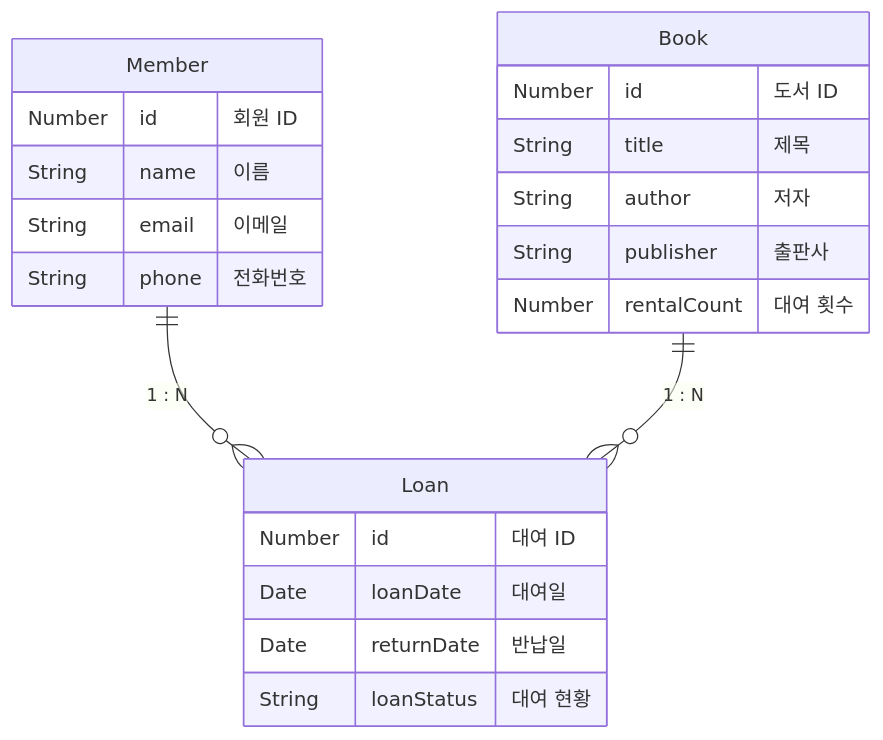
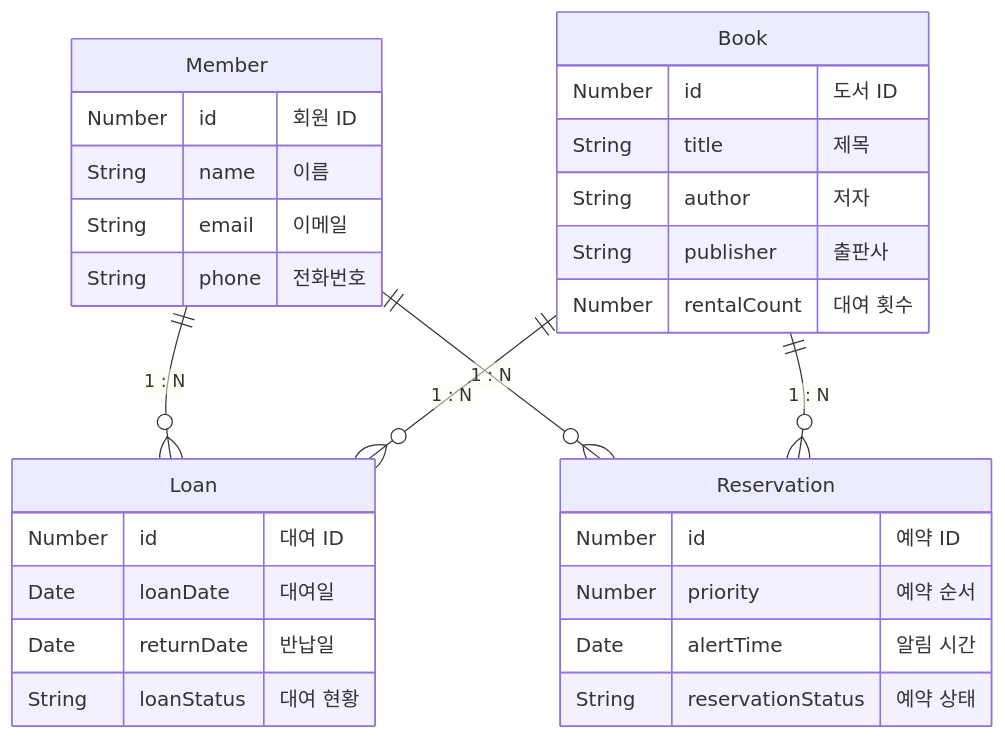
Before and after one commit to dukbong/-Book-Rental-Management-System: the diagram in README.md, drawn with Mermaid.

````diff
--- a/README.md
+++ b/README.md
@@ -19,24 +19,32 @@
 ```mermaid
 erDiagram
     Member {
         Number id "회원 ID"
         String name "이름"
         String email "이메일"
         String phone "전화번호"
     }
     Book {
         Number id "도서 ID"
         String title "제목"
         String author "저자"
         String publisher "출판사"
         Number rentalCount "대여 횟수"
     }
     Loan {
         Number id "대여 ID"
         Date loanDate "대여일"
         Date returnDate "반납일"
         String loanStatus "대여 현황"
     }
+    Reservation {
+        Number id "예약 ID"
+        Number priority "예약 순서"
+        Date alertTime "알림 시간"
+        String reservationStatus "예약 상태"
+    }
     Member ||--o{ Loan : "1 : N"
+    Member ||--o{ Reservation : "1 : N"
     Book ||--o{ Loan : "1 : N"
+    Book ||--o{ Reservation : "1 : N"
 ```
````
